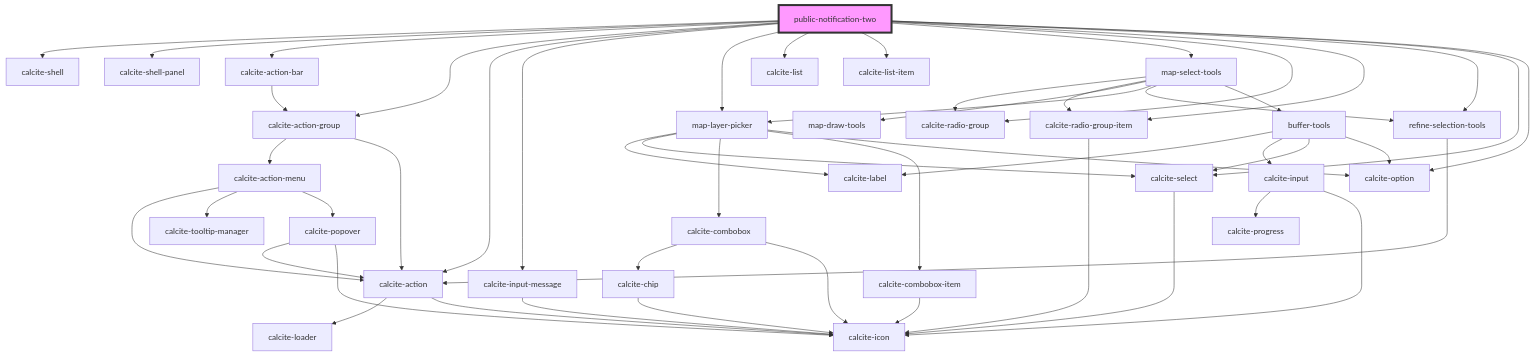
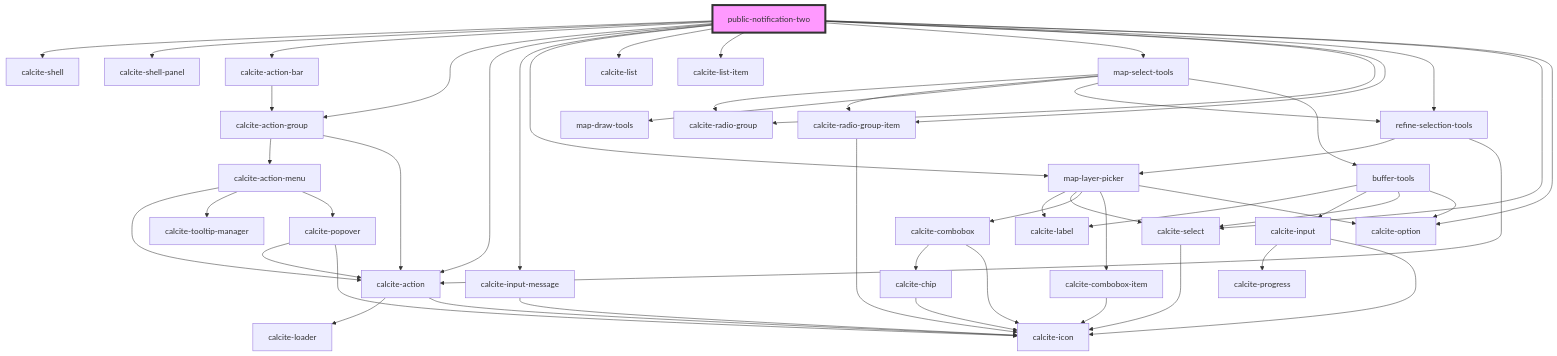
Before and after one commit to Esri/solutions-components: the diagram in src/components/public-notification-two/readme.md, drawn with Mermaid. The commit also changed 10 other files, not shown here.

````diff
--- a/src/components/public-notification-two/readme.md
+++ b/src/components/public-notification-two/readme.md
@@ -44,54 +44,54 @@
 ```mermaid
 graph TD;
   public-notification-two --> calcite-shell
   public-notification-two --> calcite-shell-panel
   public-notification-two --> calcite-action-bar
   public-notification-two --> calcite-action-group
   public-notification-two --> calcite-action
   public-notification-two --> calcite-input-message
   public-notification-two --> map-layer-picker
   public-notification-two --> calcite-list
   public-notification-two --> calcite-list-item
   public-notification-two --> map-select-tools
   public-notification-two --> calcite-radio-group
   public-notification-two --> calcite-radio-group-item
   public-notification-two --> refine-selection-tools
   public-notification-two --> calcite-select
   public-notification-two --> calcite-option
   calcite-action-bar --> calcite-action-group
   calcite-action-group --> calcite-action-menu
   calcite-action-group --> calcite-action
   calcite-action-menu --> calcite-action
   calcite-action-menu --> calcite-tooltip-manager
   calcite-action-menu --> calcite-popover
   calcite-action --> calcite-loader
   calcite-action --> calcite-icon
   calcite-popover --> calcite-action
   calcite-popover --> calcite-icon
   calcite-input-message --> calcite-icon
   map-layer-picker --> calcite-label
   map-layer-picker --> calcite-select
   map-layer-picker --> calcite-combobox
   map-layer-picker --> calcite-combobox-item
   map-layer-picker --> calcite-option
   calcite-select --> calcite-icon
   calcite-combobox --> calcite-chip
   calcite-combobox --> calcite-icon
   calcite-chip --> calcite-icon
   calcite-combobox-item --> calcite-icon
   map-select-tools --> calcite-radio-group
   map-select-tools --> calcite-radio-group-item
   map-select-tools --> map-draw-tools
-  map-select-tools --> map-layer-picker
   map-select-tools --> refine-selection-tools
   map-select-tools --> buffer-tools
   calcite-radio-group-item --> calcite-icon
+  refine-selection-tools --> map-layer-picker
   refine-selection-tools --> calcite-action
   buffer-tools --> calcite-label
   buffer-tools --> calcite-input
   buffer-tools --> calcite-select
   buffer-tools --> calcite-option
   calcite-input --> calcite-progress
   calcite-input --> calcite-icon
   style public-notification-two fill:#f9f,stroke:#333,stroke-width:4px
 ```
````
